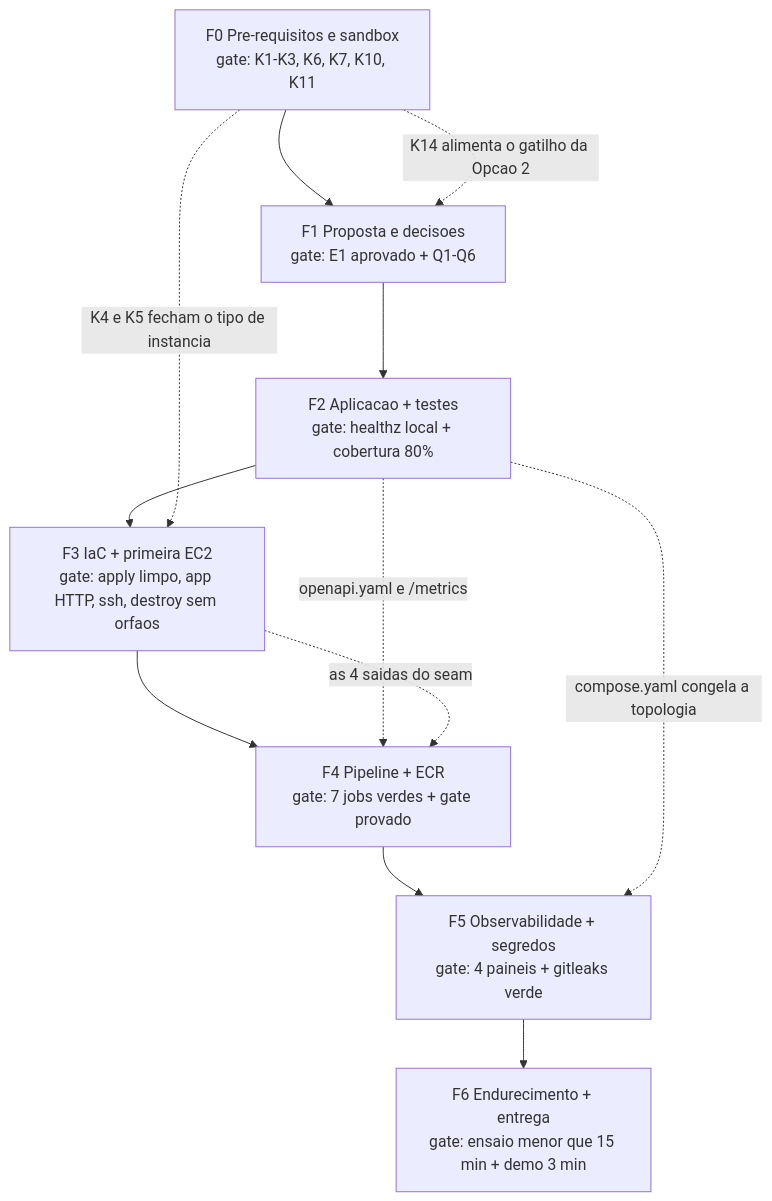
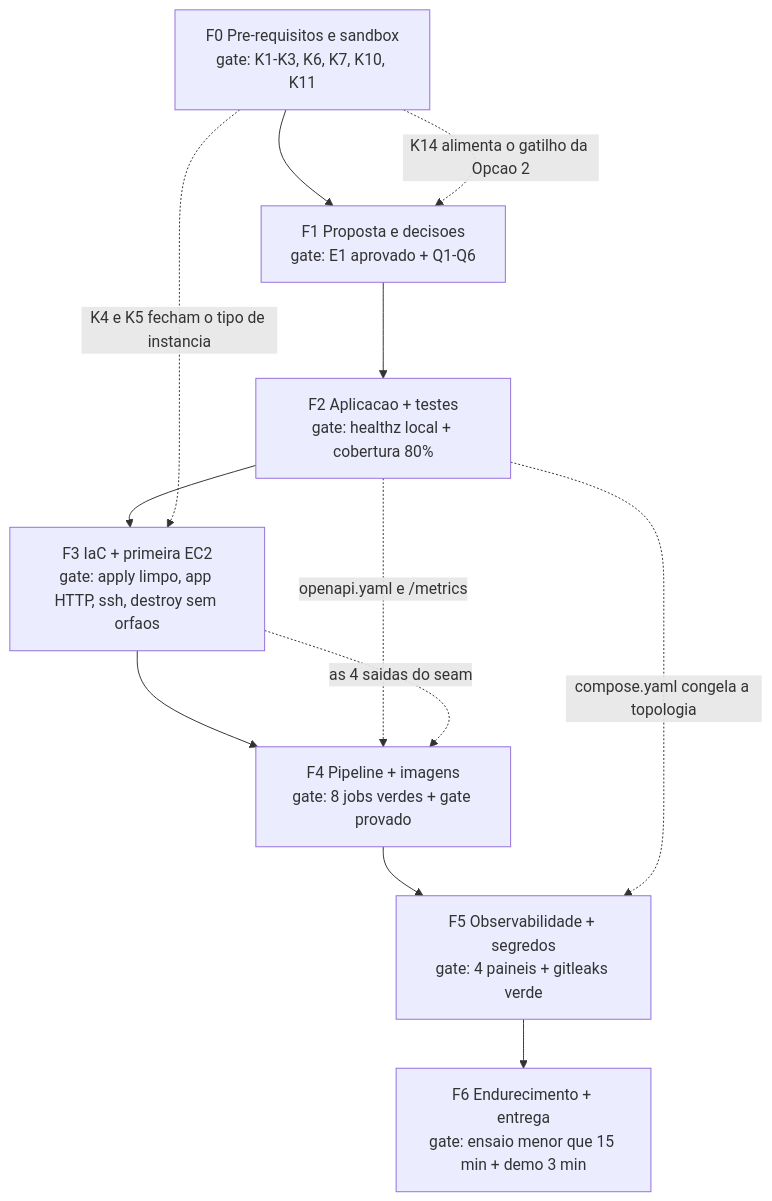
One commit to emanuelrodrigues2005/skill-finder changed the diagram in docs/04-plano-de-execucao.md. Above: the diagram before and after it, drawn with Mermaid. The commit also changed other lines of this file and 8 other files, not shown here.

````diff
--- a/docs/04-plano-de-execucao.md
+++ b/docs/04-plano-de-execucao.md
@@ -435,15 +445,15 @@
 ```mermaid
 flowchart TD
   F0["F0 Pre-requisitos e sandbox<br/>gate: K1-K3, K6, K7, K10, K11"] --> F1["F1 Proposta e decisoes<br/>gate: E1 aprovado + Q1-Q6"]
   F1 --> F2["F2 Aplicacao + testes<br/>gate: healthz local + cobertura 80%"]
   F2 --> F3["F3 IaC + primeira EC2<br/>gate: apply limpo, app HTTP, ssh, destroy sem orfaos"]
-  F3 --> F4["F4 Pipeline + ECR<br/>gate: 7 jobs verdes + gate provado"]
+  F3 --> F4["F4 Pipeline + imagens<br/>gate: 8 jobs verdes + gate provado"]
   F4 --> F5["F5 Observabilidade + segredos<br/>gate: 4 paineis + gitleaks verde"]
   F5 --> F6["F6 Endurecimento + entrega<br/>gate: ensaio menor que 15 min + demo 3 min"]
 
   F0 -.->|"K4 e K5 fecham o tipo de instancia"| F3
   F0 -.->|"K14 alimenta o gatilho da Opcao 2"| F1
   F2 -.->|"openapi.yaml e /metrics"| F4
   F2 -.->|"compose.yaml congela a topologia"| F5
   F3 -.->|"as 4 saidas do seam"| F4
 ```
````
